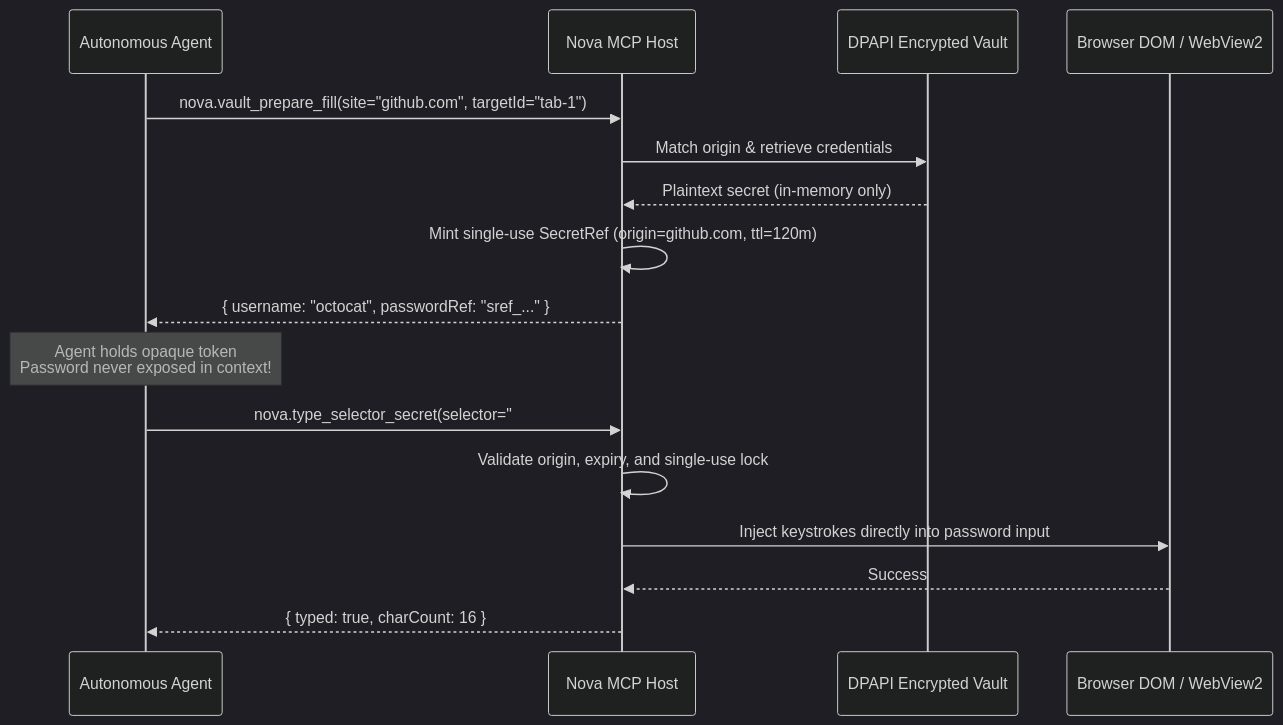
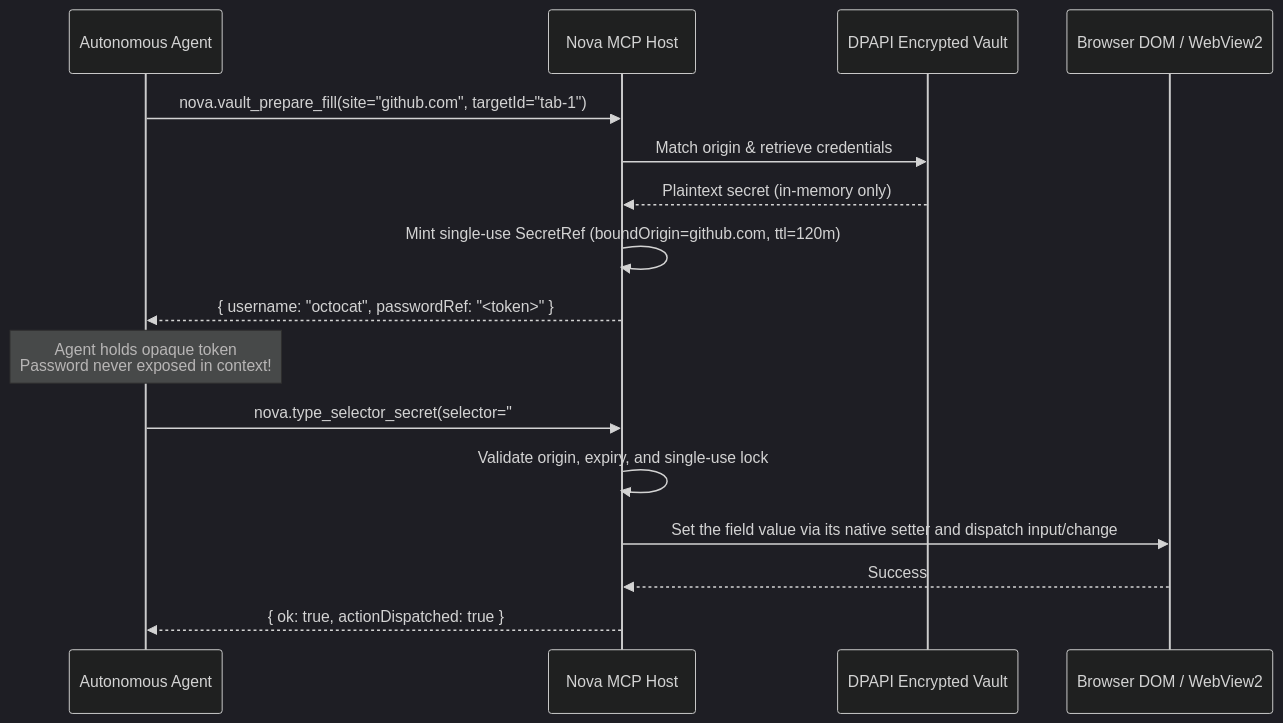
The diagram in docs/mcp-reference/tools/vault-and-security/nova-vault-prepare-fill.md (joelaniol/nova), drawn with Mermaid (dark theme) before and after one commit. The commit also changed other lines of this file and 495 other files, not shown here.

````diff
--- a/docs/mcp-reference/tools/vault-and-security/nova-vault-prepare-fill.md
+++ b/docs/mcp-reference/tools/vault-and-security/nova-vault-prepare-fill.md
@@ -21,19 +22,19 @@
 ```mermaid
 sequenceDiagram
     participant Agent as Autonomous Agent
     participant MCP as Nova MCP Host
     participant Vault as DPAPI Encrypted Vault
     participant DOM as Browser DOM / WebView2
 
     Agent->>MCP: nova.vault_prepare_fill(site="github.com", targetId="tab-1")
     MCP->>Vault: Match origin & retrieve credentials
     Vault-->>MCP: Plaintext secret (in-memory only)
-    MCP->>MCP: Mint single-use SecretRef (origin=github.com, ttl=120m)
-    MCP-->>Agent: { username: "octocat", passwordRef: "sref_..." }
+    MCP->>MCP: Mint single-use SecretRef (boundOrigin=github.com, ttl=120m)
+    MCP-->>Agent: { username: "octocat", passwordRef: "<token>" }
     Note over Agent: Agent holds opaque token<br/>Password never exposed in context!
-    Agent->>MCP: nova.type_selector_secret(selector="#password", secretRef="sref_...")
+    Agent->>MCP: nova.type_selector_secret(selector="#password", secretRef="<token>")
     MCP->>MCP: Validate origin, expiry, and single-use lock
-    MCP->>DOM: Inject keystrokes directly into password input
+    MCP->>DOM: Set the field value via its native setter and dispatch input/change
     DOM-->>MCP: Success
-    MCP-->>Agent: { typed: true, charCount: 16 }
+    MCP-->>Agent: { ok: true, actionDispatched: true }
 ```
````
